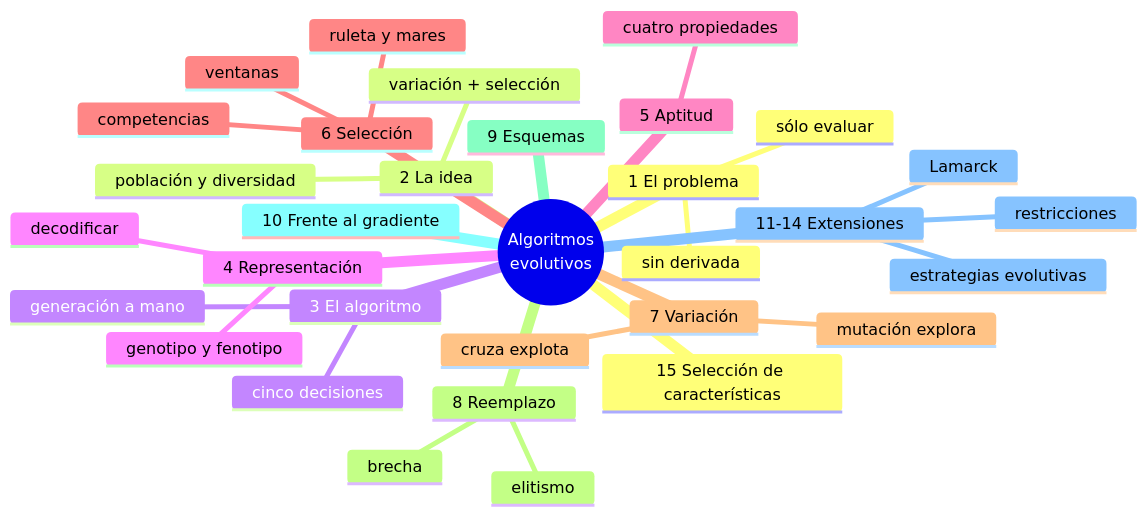
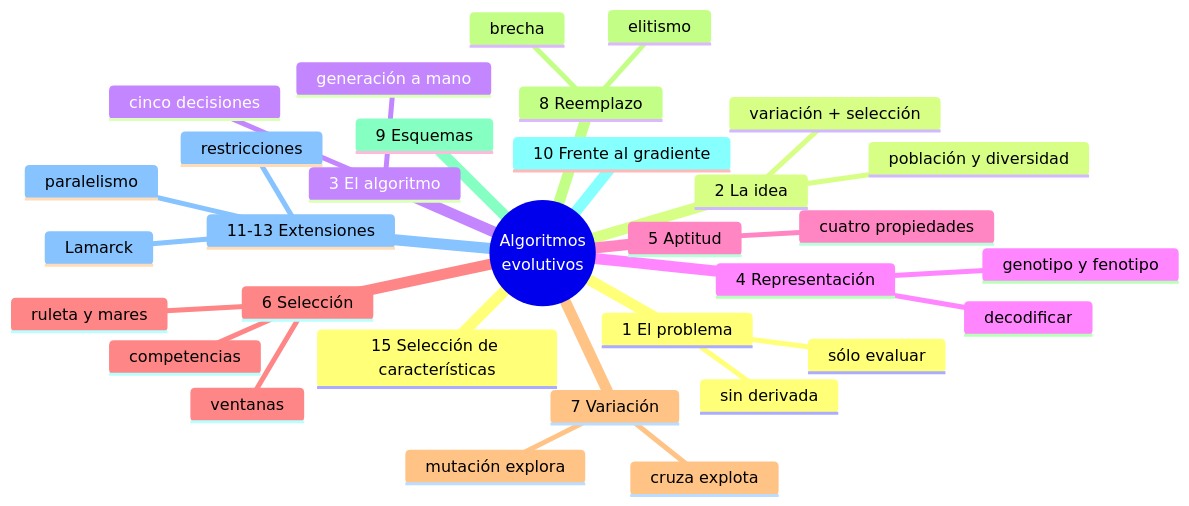
The first of 6 diagrams in Teorias/09-AlgoritmosEvolutivos/Resumenes/02-algoritmos-evolutivos.md (FICHCuatrimestral/InteligenciaComputacional), drawn with Mermaid before and after one commit. The commit also changed other lines of this file and 80 other files, not shown here.

````diff
--- a/Teorias/09-AlgoritmosEvolutivos/Resumenes/02-algoritmos-evolutivos.md
+++ b/Teorias/09-AlgoritmosEvolutivos/Resumenes/02-algoritmos-evolutivos.md
@@ -9,37 +9,37 @@
 ```mermaid
 %% titulo: El tema completo de un vistazo. Cada rama es una sección del apunte.
 %% ancho: 1.0
 mindmap
   root((Algoritmos<br/>evolutivos))
     1 El problema
       sin derivada
       sólo evaluar
     2 La idea
       variación + selección
       población y diversidad
     3 El algoritmo
       generación a mano
       cinco decisiones
     4 Representación
       genotipo y fenotipo
       decodificar
     5 Aptitud
       cuatro propiedades
     6 Selección
       ruleta y mares
       ventanas
       competencias
     7 Variación
       cruza explota
       mutación explora
     8 Reemplazo
       brecha
       elitismo
     9 Esquemas
     10 Frente al gradiente
-    11-14 Extensiones
+    11-13 Extensiones
+      paralelismo
       restricciones
       Lamarck
-      estrategias evolutivas
     15 Selección de características
 ```
````
